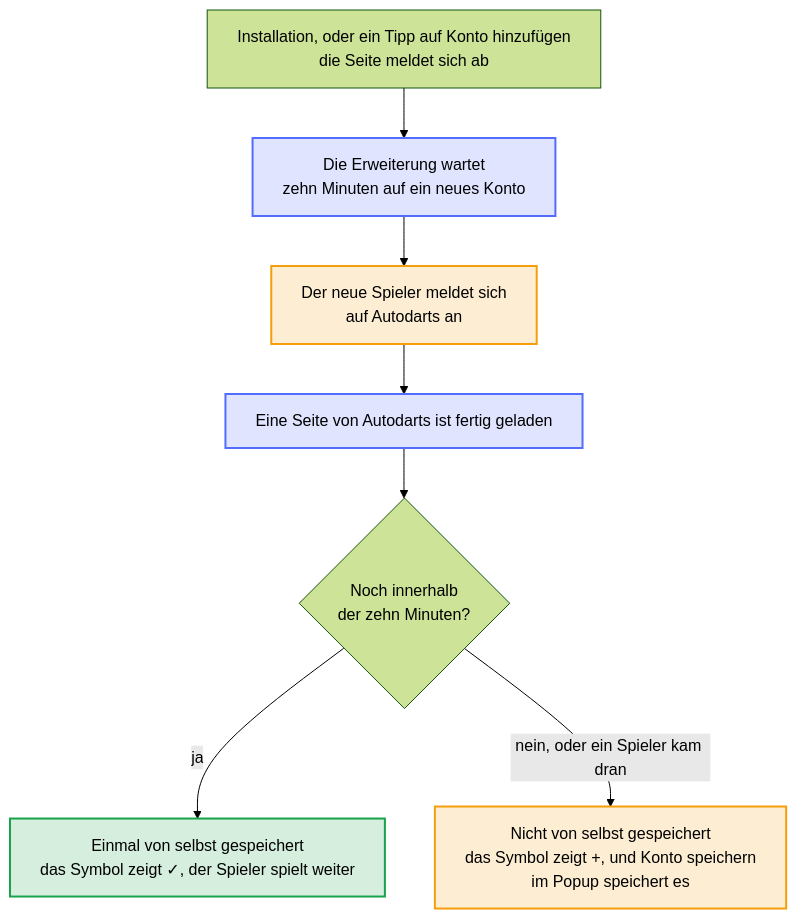
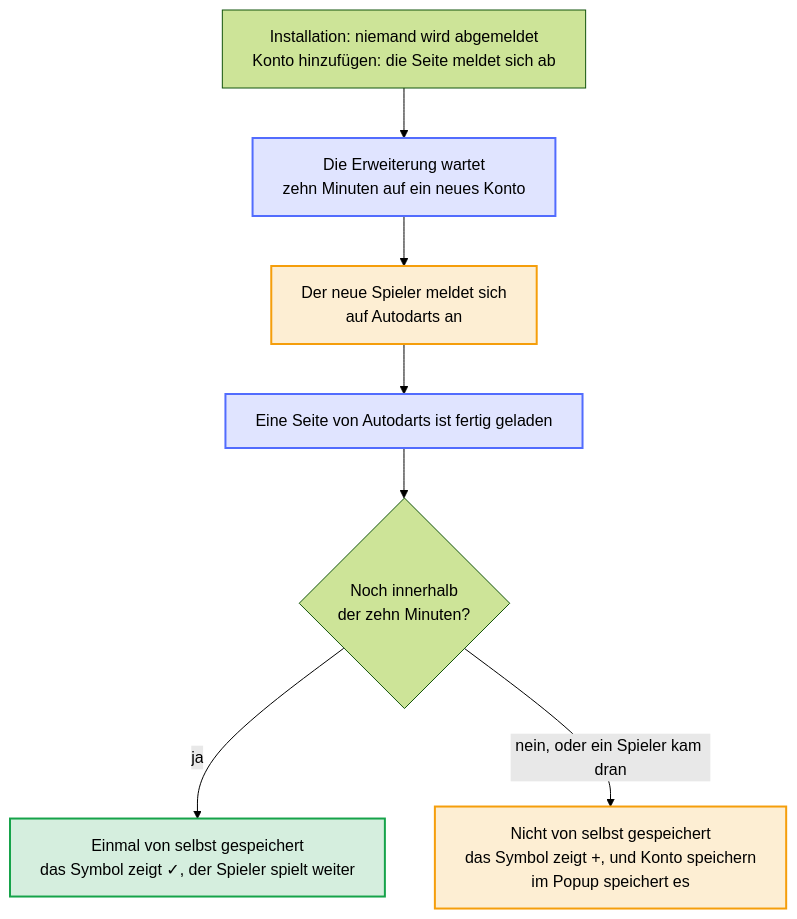
Before and after one commit to Dennis-Otto/player-switch-for-autodarts: the diagram in docs/diagrams/adding-a-player.de.mmd, drawn with Mermaid (forest theme). The commit also changed 16 other files, not shown here.

```diff
--- a/docs/diagrams/adding-a-player.de.mmd
+++ b/docs/diagrams/adding-a-player.de.mmd
@@ -1,27 +1,27 @@
 ---
 config:
   flowchart:
     wrappingWidth: 400
 ---
 flowchart TB
     accTitle: So wird ein neuer Spieler von selbst gespeichert
-    accDescr: Nach der Installation oder einem Tipp auf Konto hinzufügen meldet sich die Seite ab, und die Erweiterung wartet zehn Minuten auf ein neues Konto. Der neue Spieler meldet sich auf Autodarts an. Jedes Mal, wenn eine Seite von Autodarts fertig geladen ist, sucht die Erweiterung nach der Sitzung. Innerhalb der zehn Minuten speichert sie das Konto einmal, das Symbol zeigt einen Haken, und der Spieler spielt weiter. Nach den zehn Minuten, oder sobald ein Spieler gespeichert ist, wird keine Anmeldung von selbst gespeichert; das Symbol zeigt ein Plus, und Konto speichern im Popup speichert sie.
+    accDescr: Nach der Installation, die niemanden abmeldet, oder einem Tipp auf Konto hinzufügen, der die Seite abmeldet, wartet die Erweiterung zehn Minuten auf ein neues Konto. Der neue Spieler meldet sich auf Autodarts an. Jedes Mal, wenn eine Seite von Autodarts fertig geladen ist, sucht die Erweiterung nach der Sitzung. Innerhalb der zehn Minuten speichert sie das Konto einmal, das Symbol zeigt einen Haken, und der Spieler spielt weiter. Nach den zehn Minuten, oder sobald ein Spieler gespeichert ist, wird keine Anmeldung von selbst gespeichert; das Symbol zeigt ein Plus, und Konto speichern im Popup speichert sie.
 
-    add["Installation, oder ein Tipp auf Konto hinzufügen<br>die Seite meldet sich ab"]
+    add["Installation: niemand wird abgemeldet<br>Konto hinzufügen: die Seite meldet sich ab"]
     wait["Die Erweiterung wartet<br>zehn Minuten auf ein neues Konto"]
     signin["Der neue Spieler meldet sich<br>auf Autodarts an"]
     load["Eine Seite von Autodarts ist fertig geladen"]
     check{"Noch innerhalb<br>der zehn Minuten?"}
     saved["Einmal von selbst gespeichert<br>das Symbol zeigt ✓, der Spieler spielt weiter"]
     plus["Nicht von selbst gespeichert<br>das Symbol zeigt +, und Konto speichern<br>im Popup speichert es"]
 
     add --> wait --> signin --> load --> check
     check -- "ja" --> saved
     check -- "nein, oder ein Spieler kam dran" --> plus
 
     classDef bot fill:#526cfe2e,stroke:#526cfe,stroke-width:2px
     classDef done fill:#16a34a2e,stroke:#16a34a,stroke-width:2px
     classDef person fill:#f59e0b2e,stroke:#f59e0b,stroke-width:2px
     class wait,load bot
     class saved done
     class signin,plus person
```
